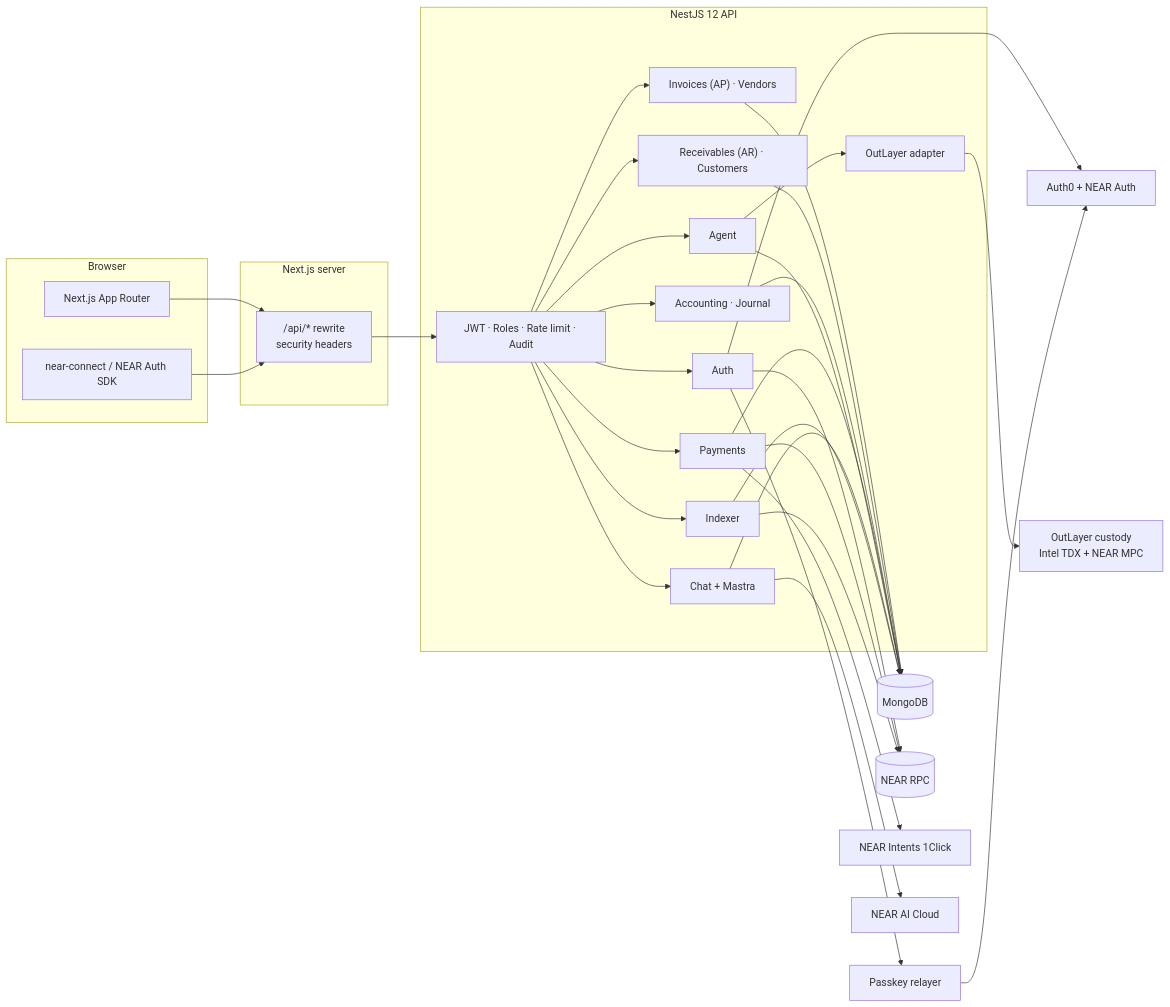
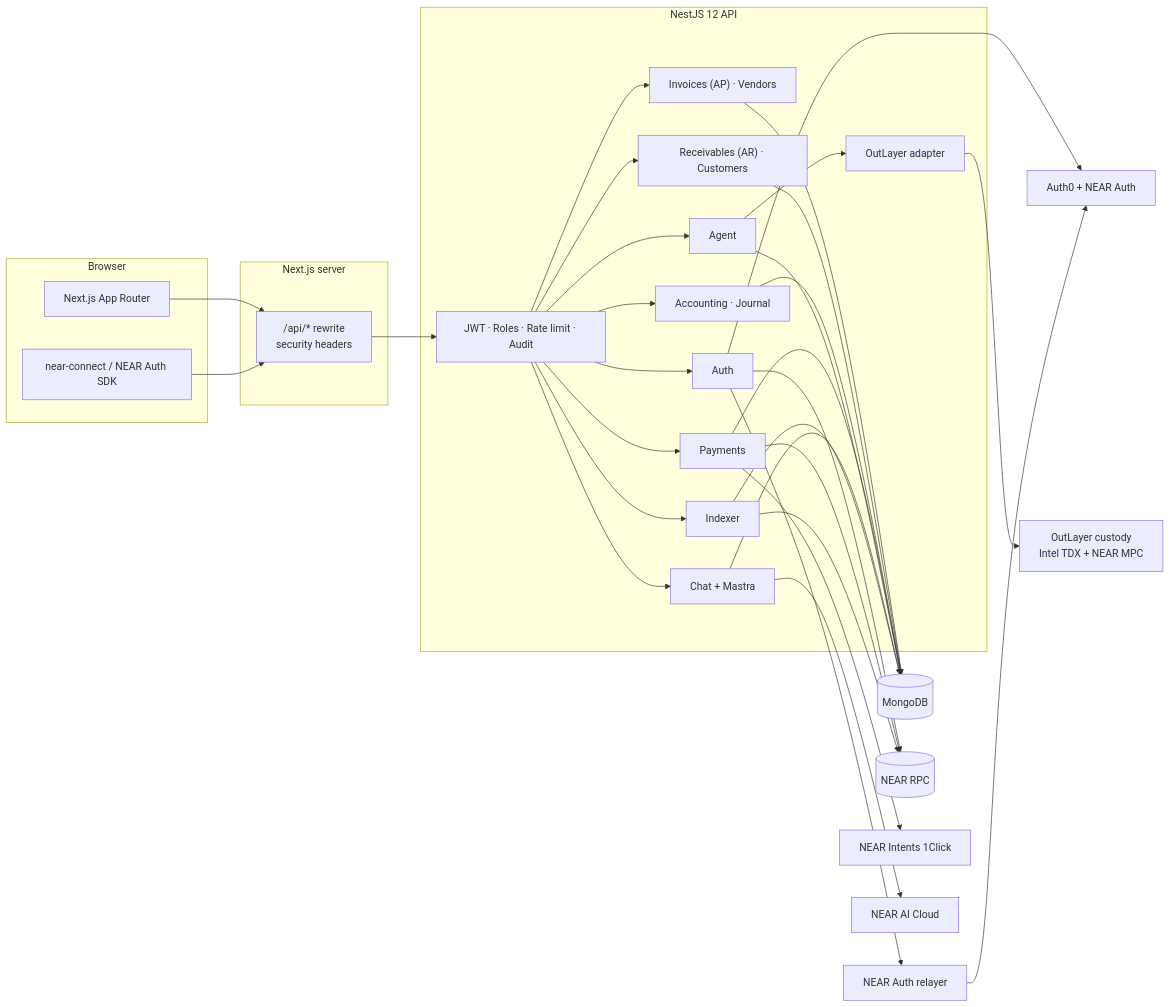
The first of 15 diagrams in docs/architecture.md (cryingraven/keiz-platform), drawn with Mermaid before and after one commit. The commit also changed other lines of this file and 85 other files, not shown here.

````diff
--- a/docs/architecture.md
+++ b/docs/architecture.md
@@ -15,66 +15,66 @@
 ```mermaid
 flowchart LR
   subgraph Client["Browser"]
     UI["Next.js App Router"]
     WalletUI["near-connect / NEAR Auth SDK"]
   end
 
   subgraph Edge["Next.js server"]
     Proxy["/api/* rewrite<br/>security headers"]
   end
 
   subgraph API["NestJS 12 API"]
     Guards["JWT · Roles · Rate limit · Audit"]
     AuthMod["Auth"]
     Ops["Invoices (AP) · Vendors"]
     ARMod["Receivables (AR) · Customers"]
     AccMod["Accounting · Journal"]
     PayMod["Payments"]
     AgentMod["Agent"]
     OutMod["OutLayer adapter"]
     ChatMod["Chat + Mastra"]
     Idx["Indexer"]
   end
 
   DB[("MongoDB")]
   RPC[("NEAR RPC")]
   OneClick["NEAR Intents 1Click"]
   OutLayer["OutLayer custody<br/>Intel TDX + NEAR MPC"]
   NEARAI["NEAR AI Cloud"]
   Auth0["Auth0 + NEAR Auth"]
-  Relayer["Passkey relayer"]
+  Relayer["NEAR Auth relayer"]
 
   UI --> Proxy
   WalletUI --> Proxy
   Proxy --> Guards
   Guards --> AuthMod
   Guards --> Ops
   Guards --> ARMod
   Guards --> AccMod
   Guards --> PayMod
   Guards --> AgentMod
   Guards --> ChatMod
   Guards --> Idx
 
   AuthMod --> Auth0
   AuthMod --> Relayer
   Relayer --> Auth0
   AuthMod --> RPC
 
   Ops --> DB
   ARMod --> DB
   AccMod --> DB
   PayMod --> DB
   PayMod --> OneClick
   PayMod --> RPC
 
   AgentMod --> DB
   AgentMod --> OutMod
   OutMod --> OutLayer
 
   ChatMod --> NEARAI
   ChatMod --> DB
 
   Idx --> RPC
   Idx --> DB
 ```
````
